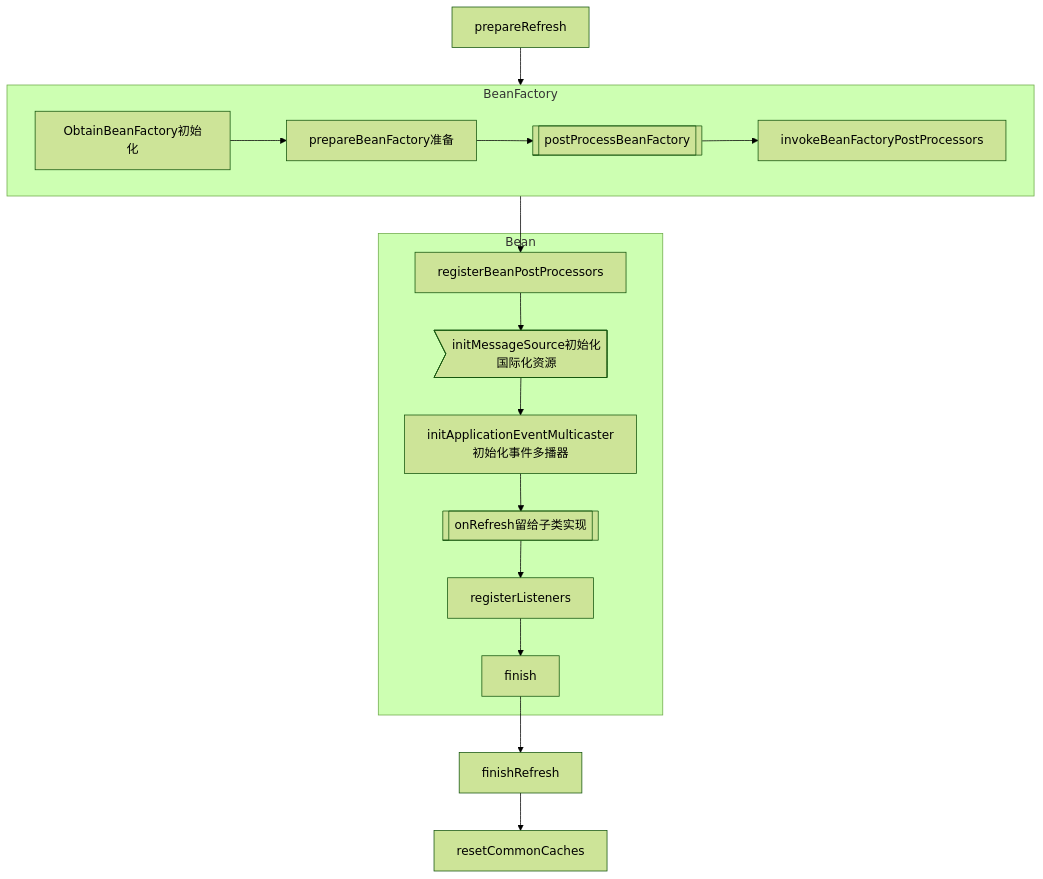
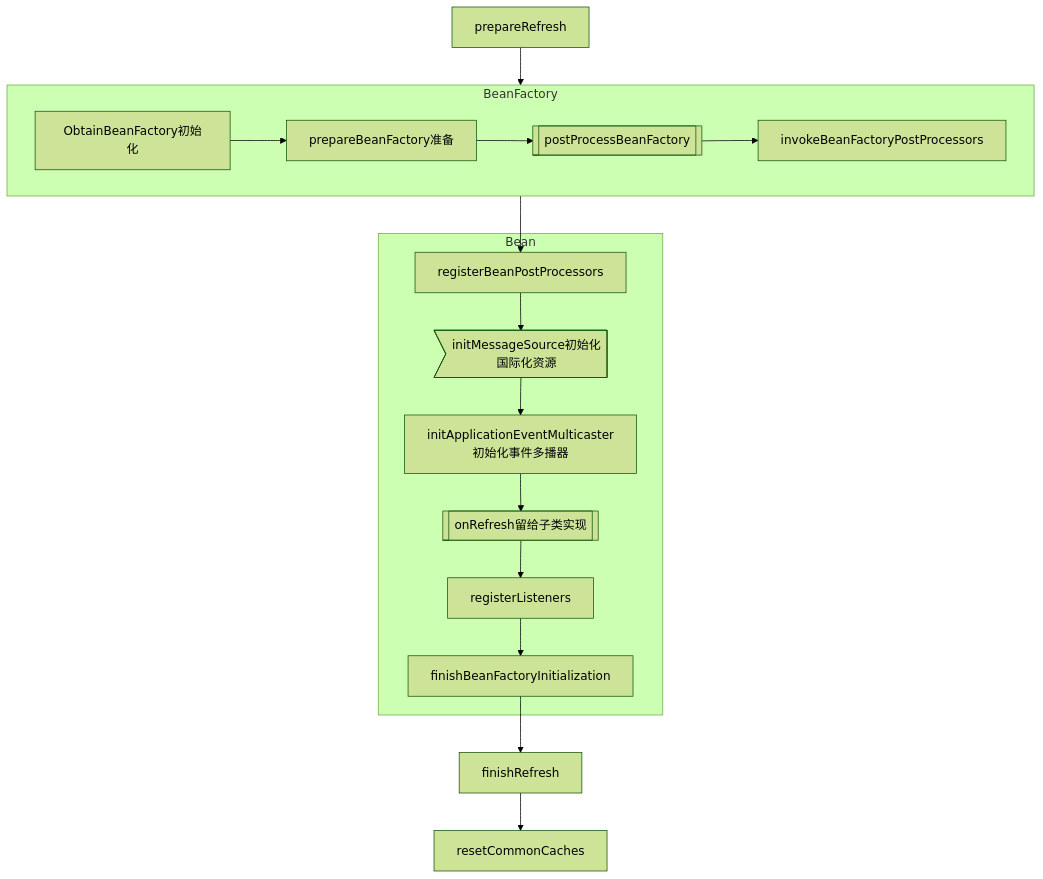
One commit to namelessmyth/beFreeCoder changed the seventh of 8 diagrams in Java/mashibing/沈俊杰-马士兵-spring.md. Above: the diagram before and after it, drawn with Mermaid (forest theme). The commit also changed other lines of this file and 2 other files, not shown here.

Commit message:
初步完成Spring frameword部分的面试题整理。

````diff
--- a/Java/mashibing/沈俊杰-马士兵-spring.md
+++ b/Java/mashibing/沈俊杰-马士兵-spring.md
@@ -604,15 +605,15 @@
 ```mermaid
 flowchart TB
 prepareRefresh-->bf1
 
 subgraph BeanFactory
 direction LR
 bf1[ObtainBeanFactory初始化]-->bf2[prepareBeanFactory准备]-->bf3[[postProcessBeanFactory]]-->bf4[invokeBeanFactoryPostProcessors]
 end
 
 subgraph Bean
-bf4-->bean1[registerBeanPostProcessors]-->message>initMessageSource初始化国际化资源]-->app[initApplicationEventMulticaster初始化事件多播器]-->onrefresh[[onRefresh留给子类实现]]-->regListen[registerListeners]-->finish
+bf4-->bean1[registerBeanPostProcessors]-->message>initMessageSource初始化国际化资源]-->app[initApplicationEventMulticaster初始化事件多播器]-->onrefresh[[onRefresh留给子类实现]]-->regListen[registerListeners]-->finishBeanFactoryInitialization
 end
 
-finish-->finishRefresh-->reset[resetCommonCaches]
+finishBeanFactoryInitialization-->finishRefresh-->reset[resetCommonCaches]
 ```
````
